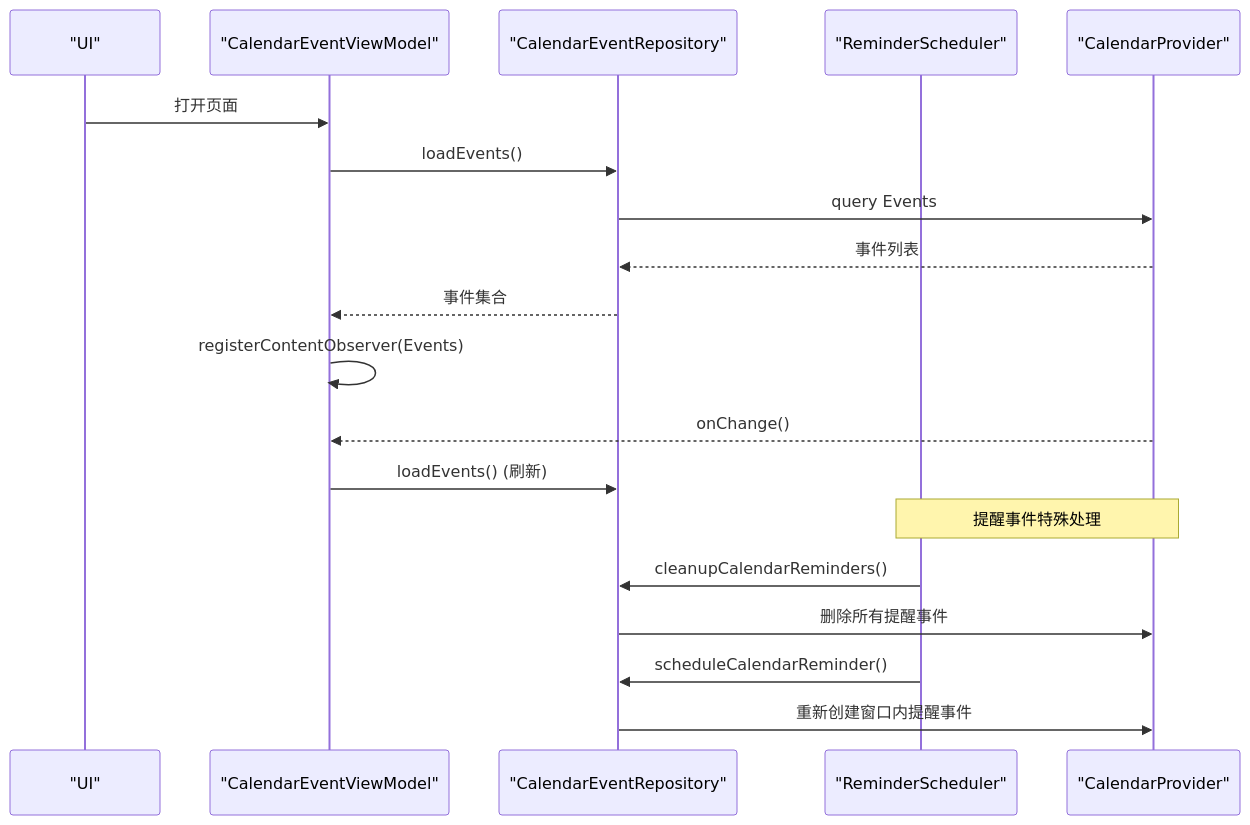
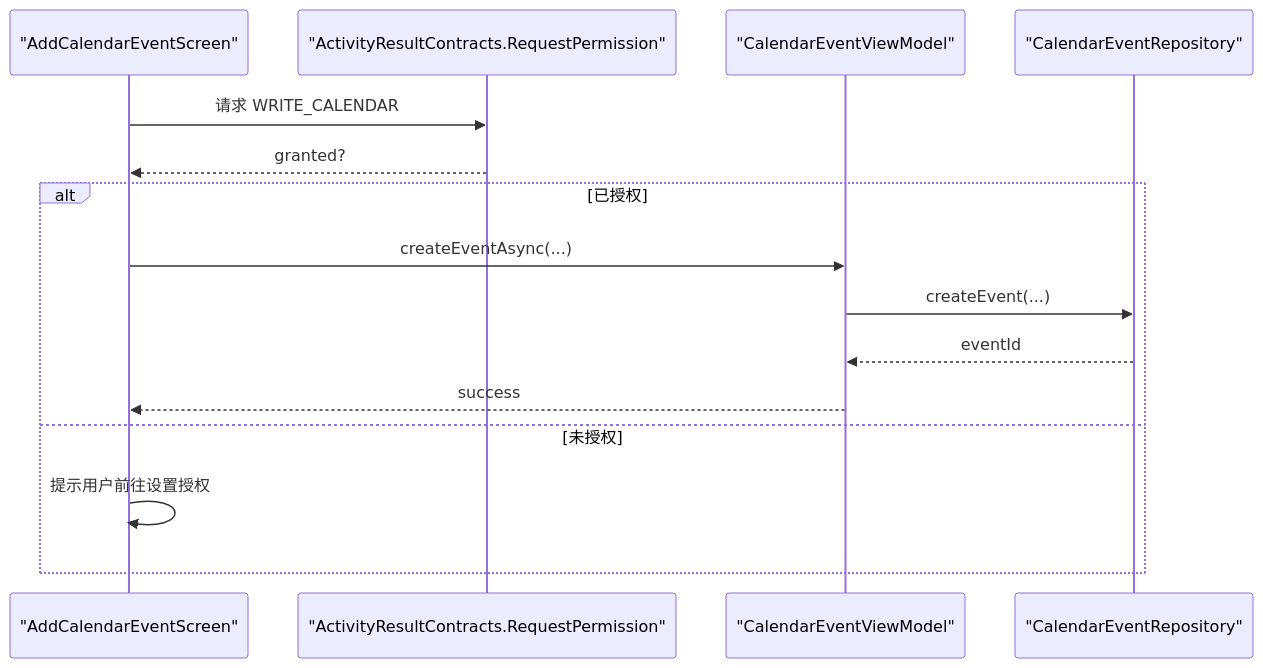
One commit to xiaobai860/paibanrili changed the sixth of 7 diagrams in .qoder/repowiki/zh/content/系统集成/系统日历集成.md. Above: the diagram before and after it, drawn with Mermaid. The commit also changed other lines of this file and 245 other files, not shown here.

````diff
--- a/.qoder/repowiki/zh/content/系统集成/系统日历集成.md
+++ b/.qoder/repowiki/zh/content/系统集成/系统日历集成.md
@@ -411,21 +261,17 @@
 ```mermaid
 sequenceDiagram
-participant UI as "UI"
+participant UI as "AddCalendarEventScreen"
+participant Perm as "ActivityResultContracts.RequestPermission"
 participant VM as "CalendarEventViewModel"
 participant Repo as "CalendarEventRepository"
-participant RemSch as "ReminderScheduler"
-participant Prov as "CalendarProvider"
-UI->>VM : 打开页面
-VM->>Repo : loadEvents()
-Repo->>Prov : query Events
-Prov-->>Repo : 事件列表
-Repo-->>VM : 事件集合
-VM->>VM : registerContentObserver(Events)
-Prov-->>VM : onChange()
-VM->>Repo : loadEvents() (刷新)
-Note over RemSch,Prov : 提醒事件特殊处理
-RemSch->>Repo : cleanupCalendarReminders()
-Repo->>Prov : 删除所有提醒事件
-RemSch->>Repo : scheduleCalendarReminder()
-Repo->>Prov : 重新创建窗口内提醒事件
+UI->>Perm : 请求 WRITE_CALENDAR
+Perm-->>UI : granted?
+alt 已授权
+UI->>VM : createEventAsync(...)
+VM->>Repo : createEvent(...)
+Repo-->>VM : eventId
+VM-->>UI : success
+else 未授权
+UI->>UI : 提示用户前往设置授权
+end
 ```
````
